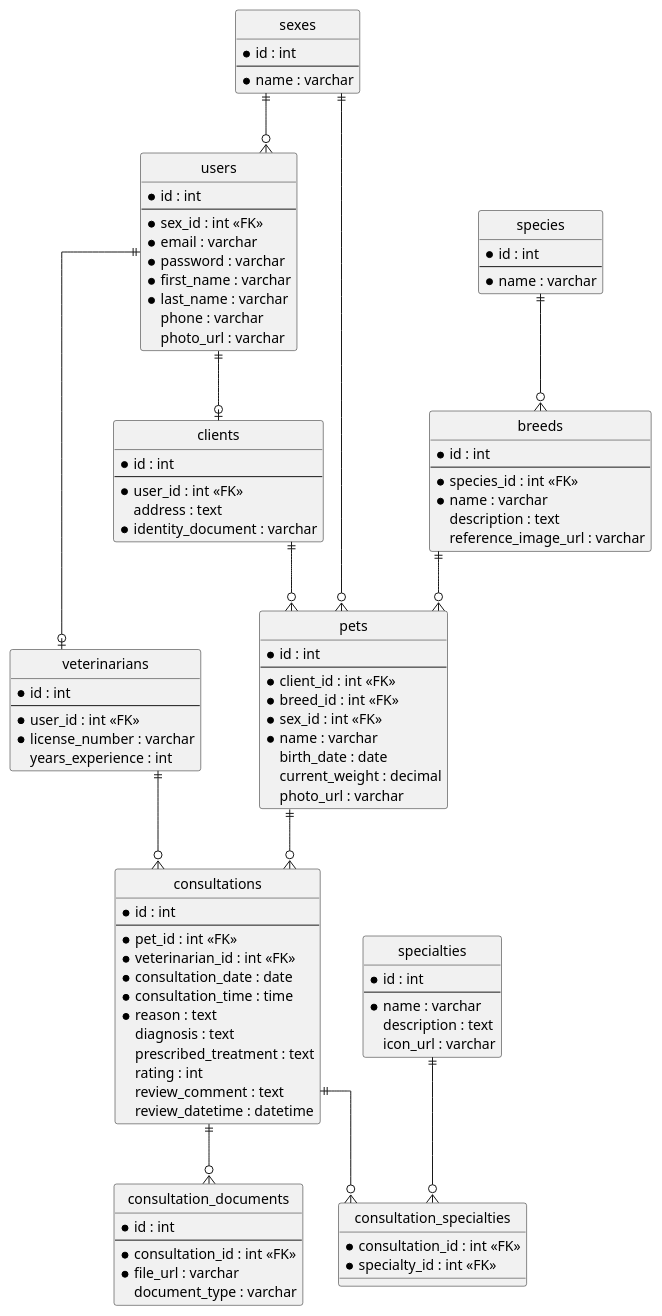
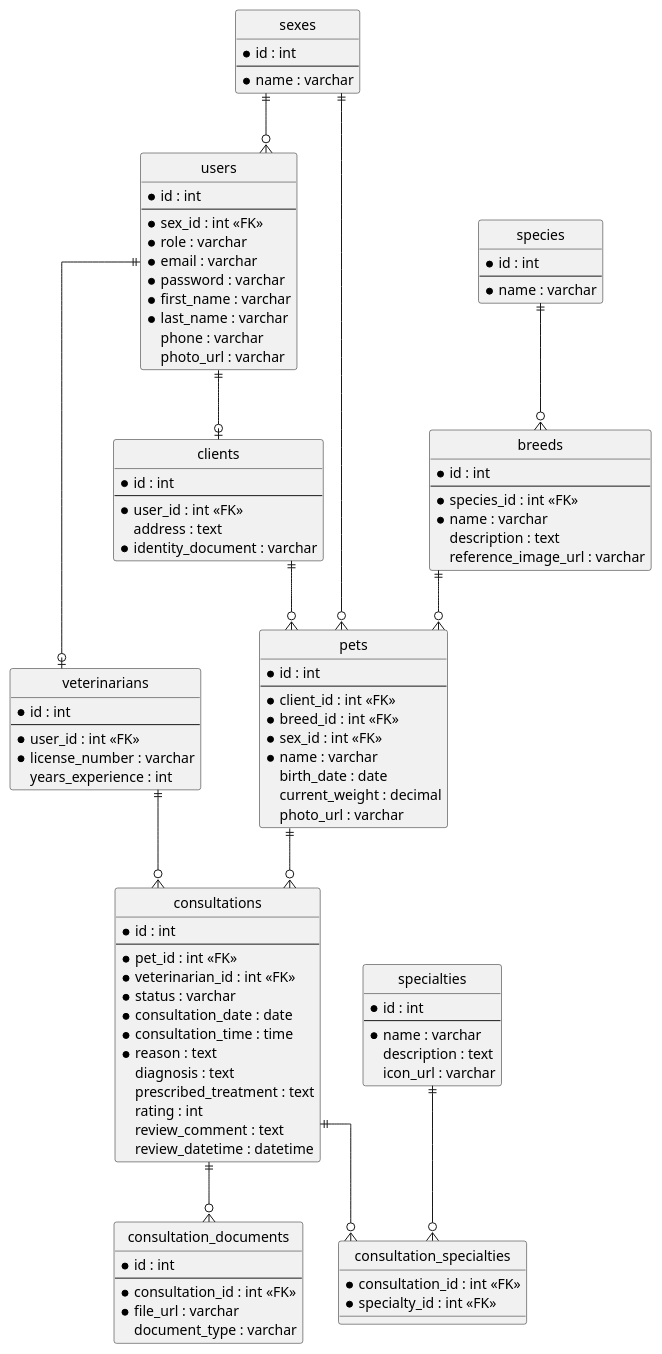
One commit to W1llpr0/prograMovil changed the diagram in schema.puml. Above: the diagram before and after it, drawn with PlantUML. The commit also changed 1 other file, not shown here.

Commit message:
update README.md and add schema.puml

```diff
--- a/schema.puml
+++ b/schema.puml
@@ -1,123 +1,125 @@
 @startuml
 ' Ocultar el ícono de clase para estilo DER
 hide circle
 
 ' Líneas ortogonales para mayor orden
 skinparam linetype ortho
 
 entity "sexes" {
   * id : int
   --
   * name : varchar
 }
 
 entity "users" {
   * id : int
   --
   * sex_id : int <<FK>>
+  * role : varchar
   * email : varchar
   * password : varchar
   * first_name : varchar
   * last_name : varchar
   phone : varchar
   photo_url : varchar
 }
 
 entity "clients" {
   * id : int
   --
   * user_id : int <<FK>>
   address : text
   * identity_document : varchar
 }
 
 entity "veterinarians" {
   * id : int
   --
   * user_id : int <<FK>>
   * license_number : varchar
   years_experience : int
 }
 
 entity "species" {
   * id : int
   --
   * name : varchar
 }
 
 entity "breeds" {
   * id : int
   --
   * species_id : int <<FK>>
   * name : varchar
   description : text
   reference_image_url : varchar
 }
 
 entity "pets" {
   * id : int
   --
   * client_id : int <<FK>>
   * breed_id : int <<FK>>
   * sex_id : int <<FK>>
   * name : varchar
   birth_date : date
   current_weight : decimal
   photo_url : varchar
 }
 
 entity "specialties" {
   * id : int
   --
   * name : varchar
   description : text
   icon_url : varchar
 }
 
 entity "consultations" {
   * id : int
   --
   * pet_id : int <<FK>>
   * veterinarian_id : int <<FK>>
+  * status : varchar
   * consultation_date : date
   * consultation_time : time
   * reason : text
   diagnosis : text
   prescribed_treatment : text
   rating : int
   review_comment : text
   review_datetime : datetime
 }
 
 entity "consultation_documents" {
   * id : int
   --
   * consultation_id : int <<FK>>
   * file_url : varchar
   document_type : varchar
 }
 
 entity "consultation_specialties" {
   * consultation_id : int <<FK>>
   * specialty_id : int <<FK>>
 }
 
 ' Relaciones de Autenticación y Perfil Único
 sexes ||--o{ users
 sexes ||--o{ pets
 users ||--o| clients
 users ||--o| veterinarians
 
 ' Relaciones del Catálogo de Animales
 species ||--o{ breeds
 breeds ||--o{ pets
 clients ||--o{ pets
 
 ' Relaciones de Consultas Médicas
 pets ||--o{ consultations
 veterinarians ||--o{ consultations
 consultations ||--o{ consultation_documents
 consultations ||--o{ consultation_specialties
 specialties ||--o{ consultation_specialties
 
 @enduml
```
